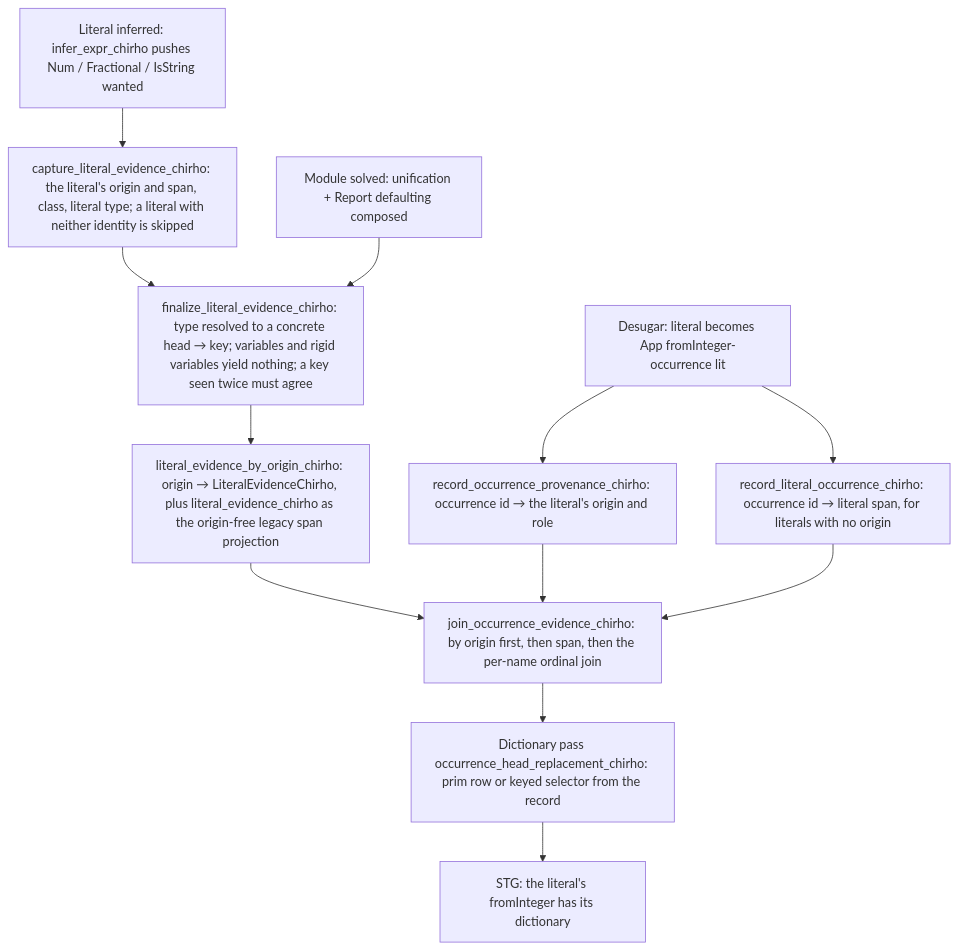
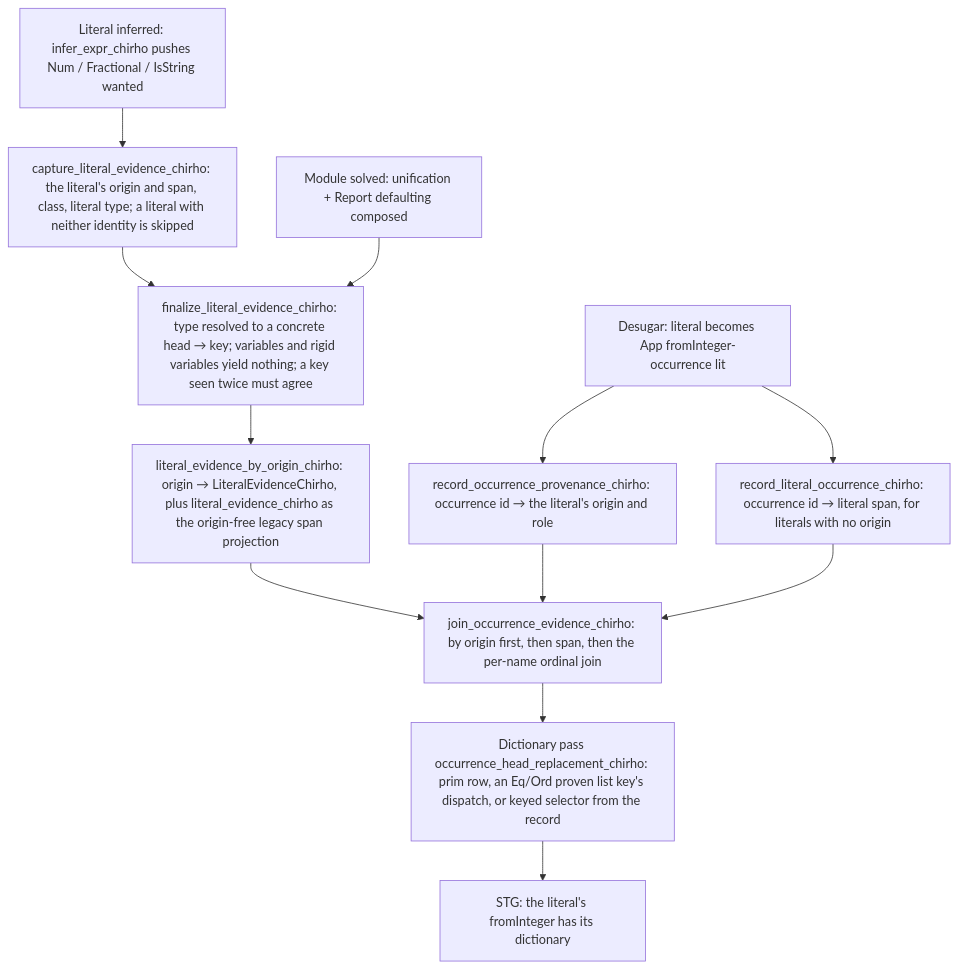
The first of 6 diagrams in spec-chirho/workflows-chirho/language-features-chirho/dictionary-evidence-chirho.md (loveJesus/haskelujah-chirho), drawn with Mermaid before and after one commit. The commit also changed other lines of this file and 4 other files, not shown here.

````diff
--- a/spec-chirho/workflows-chirho/language-features-chirho/dictionary-evidence-chirho.md
+++ b/spec-chirho/workflows-chirho/language-features-chirho/dictionary-evidence-chirho.md
@@ -12,17 +12,17 @@
 ```mermaid
 flowchart TD
     lit_chirho[Literal inferred: infer_expr_chirho pushes Num / Fractional / IsString wanted]
     lit_chirho --> capture_chirho[capture_literal_evidence_chirho: the literal's origin and span, class, literal type; a literal with neither identity is skipped]
     solve_chirho[Module solved: unification + Report defaulting composed]
     capture_chirho --> finalize_chirho[finalize_literal_evidence_chirho: type resolved to a concrete head → key; variables and rigid variables yield nothing; a key seen twice must agree]
     solve_chirho --> finalize_chirho
     finalize_chirho --> result_chirho[literal_evidence_by_origin_chirho: origin → LiteralEvidenceChirho, plus literal_evidence_chirho as the origin-free legacy span projection]
     desugar_chirho[Desugar: literal becomes App fromInteger-occurrence lit]
     desugar_chirho --> prov_chirho[record_occurrence_provenance_chirho: occurrence id → the literal's origin and role]
     desugar_chirho --> spans_chirho[record_literal_occurrence_chirho: occurrence id → literal span, for literals with no origin]
     result_chirho --> join_chirho[join_occurrence_evidence_chirho: by origin first, then span, then the per-name ordinal join]
     prov_chirho --> join_chirho
     spans_chirho --> join_chirho
-    join_chirho --> pass_chirho[Dictionary pass occurrence_head_replacement_chirho: prim row or keyed selector from the record]
+    join_chirho --> pass_chirho[Dictionary pass occurrence_head_replacement_chirho: prim row, an Eq/Ord proven list key's dispatch, or keyed selector from the record]
     pass_chirho --> stg_chirho[STG: the literal's fromInteger has its dictionary]
 ```
````
